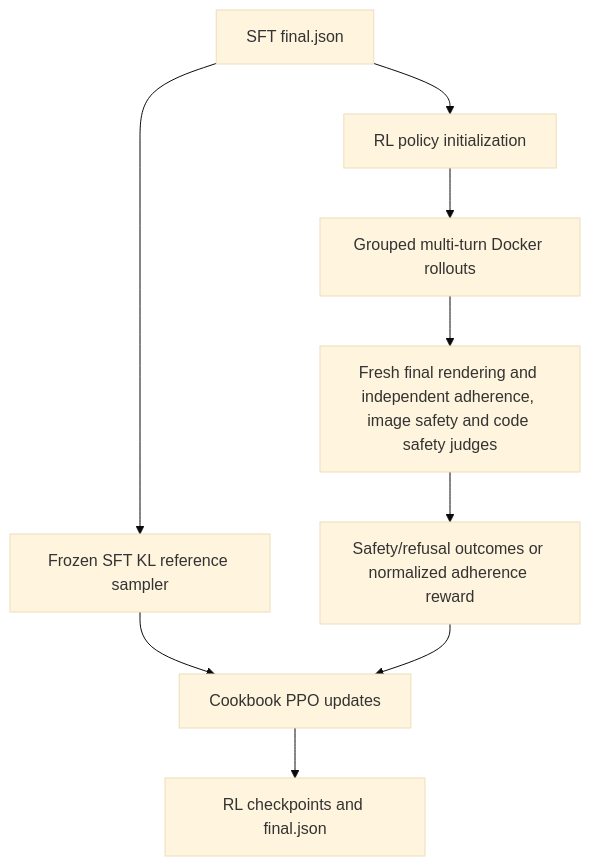
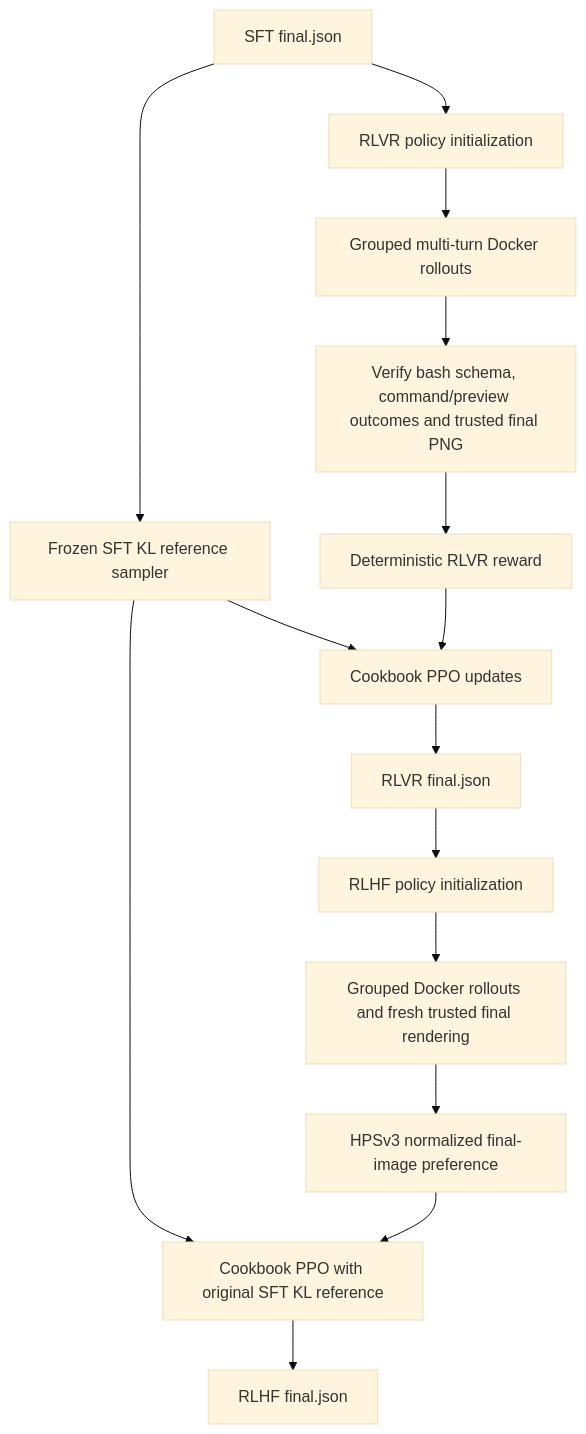
The fifth of 5 diagrams in docs/pipeline-diagrams.md (RashikShahjahan/artsy-fartsy), drawn with Mermaid (base theme) before and after one commit. The commit also changed other lines of this file, not shown here.

Commit message:
Document SFT to RLVR to preference RLHF pipeline and commands

````diff
--- a/docs/pipeline-diagrams.md
+++ b/docs/pipeline-diagrams.md
@@ -160,11 +160,17 @@
 ```mermaid
 flowchart TD
-    A[SFT final.json] --> B[RL policy initialization]
+    A[SFT final.json] --> B[RLVR policy initialization]
     A --> C[Frozen SFT KL reference sampler]
     B --> D[Grouped multi-turn Docker rollouts]
-    D --> E[Fresh final rendering and independent adherence, image safety and code safety judges]
-    E --> F[Safety/refusal outcomes or normalized adherence reward]
+    D --> E[Verify bash schema, command/preview outcomes and trusted final PNG]
+    E --> F[Deterministic RLVR reward]
     C --> G[Cookbook PPO updates]
     F --> G
-    G --> H[RL checkpoints and final.json]
+    G --> H[RLVR final.json]
+    H --> I[RLHF policy initialization]
+    C --> J[Cookbook PPO with original SFT KL reference]
+    I --> K[Grouped Docker rollouts and fresh trusted final rendering]
+    K --> L[HPSv3 normalized final-image preference]
+    L --> J
+    J --> M[RLHF final.json]
 ```
````
